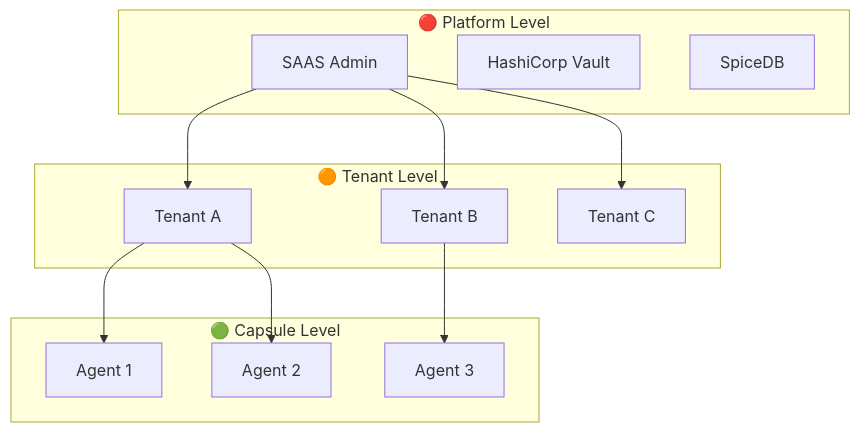
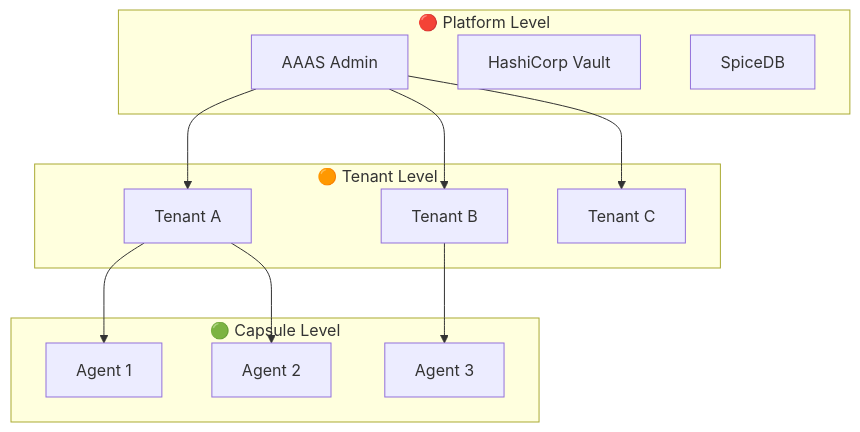
One commit to somatechlat/somaagent01 changed the first of 2 diagrams in docs/srs/SRS-SECURITY-MULTITENANCY.md. Above: the diagram before and after it, drawn with Mermaid. The commit also changed 206 other files, not shown here.

````diff
--- a/docs/srs/SRS-SECURITY-MULTITENANCY.md
+++ b/docs/srs/SRS-SECURITY-MULTITENANCY.md
@@ -16,27 +16,27 @@
 ```mermaid
 flowchart TD
     subgraph PLATFORM ["🔴 Platform Level"]
-        SAAS[SAAS Admin]
+        AAAS[AAAS Admin]
         VAULT[HashiCorp Vault]
         SPICE[SpiceDB]
     end
 
     subgraph TENANT ["🟠 Tenant Level"]
         T1[Tenant A]
         T2[Tenant B]
         T3[Tenant C]
     end
 
     subgraph CAPSULE ["🟢 Capsule Level"]
         C1[Agent 1]
         C2[Agent 2]
         C3[Agent 3]
     end
 
-    SAAS --> T1
-    SAAS --> T2
-    SAAS --> T3
+    AAAS --> T1
+    AAAS --> T2
+    AAAS --> T3
     T1 --> C1
     T1 --> C2
     T2 --> C3
 ```
````
